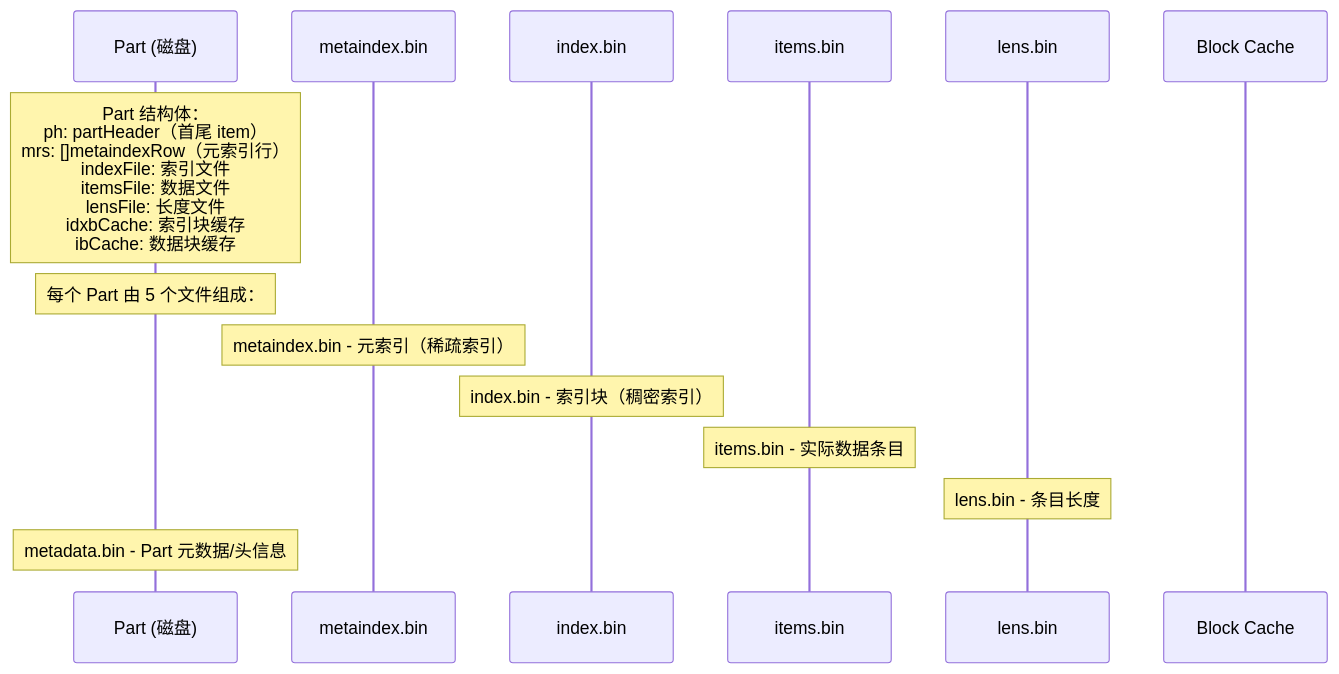
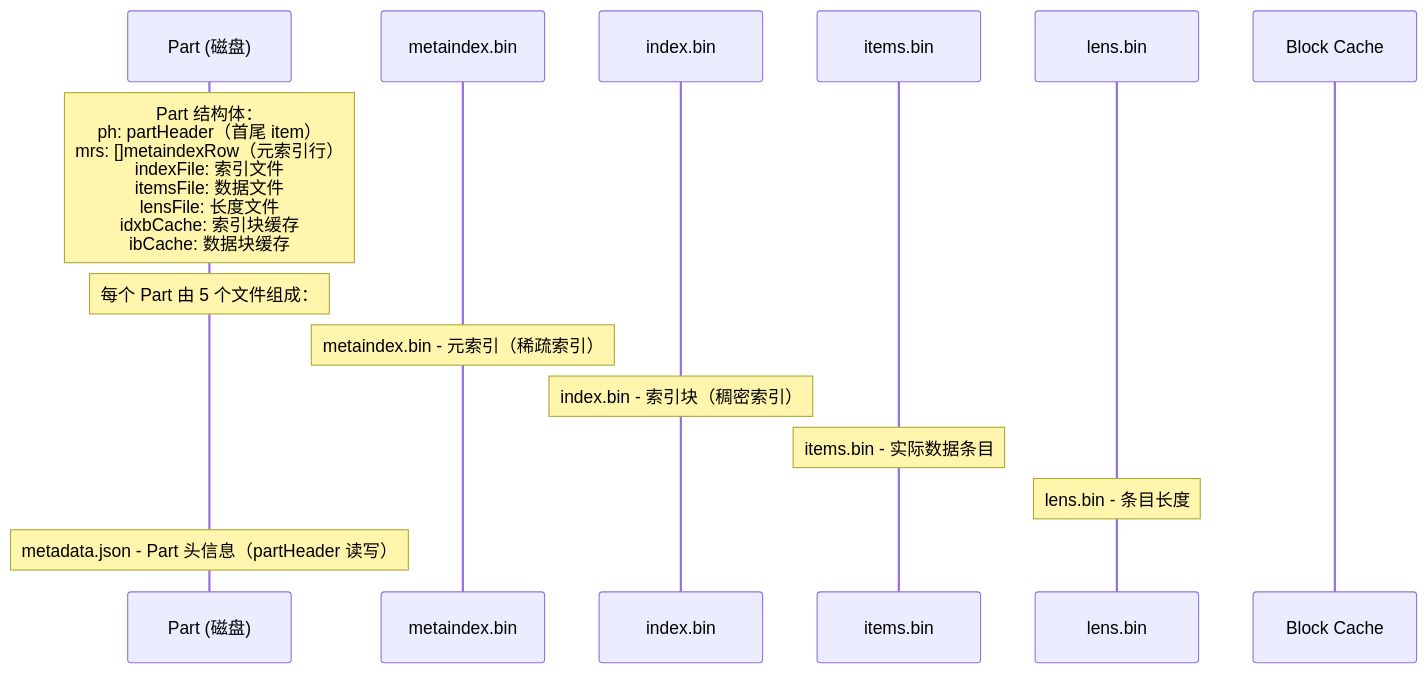
The fifth of 47 diagrams in docs/specs/02_index_system_spec.md (stefanv5/openGemini), drawn with Mermaid before and after one commit. The commit also changed other lines of this file and 37 other files, not shown here.

````diff
--- a/docs/specs/02_index_system_spec.md
+++ b/docs/specs/02_index_system_spec.md
@@ -275,18 +294,18 @@
 ```mermaid
 sequenceDiagram
     participant Part as Part (磁盘)
     participant Meta as metaindex.bin
     participant Index as index.bin
     participant Items as items.bin
     participant Lens as lens.bin
     participant Cache as Block Cache
 
     Note over Part: Part 结构体：<br/>ph: partHeader（首尾 item）<br/>mrs: []metaindexRow（元索引行）<br/>indexFile: 索引文件<br/>itemsFile: 数据文件<br/>lensFile: 长度文件<br/>idxbCache: 索引块缓存<br/>ibCache: 数据块缓存
 
     Note over Part: 每个 Part 由 5 个文件组成：
     Note over Meta: metaindex.bin - 元索引（稀疏索引）
     Note over Index: index.bin - 索引块（稠密索引）
     Note over Items: items.bin - 实际数据条目
     Note over Lens: lens.bin - 条目长度
-    Note over Part: metadata.bin - Part 元数据/头信息
+    Note over Part: metadata.json - Part 头信息（partHeader 读写）
 ```
````
